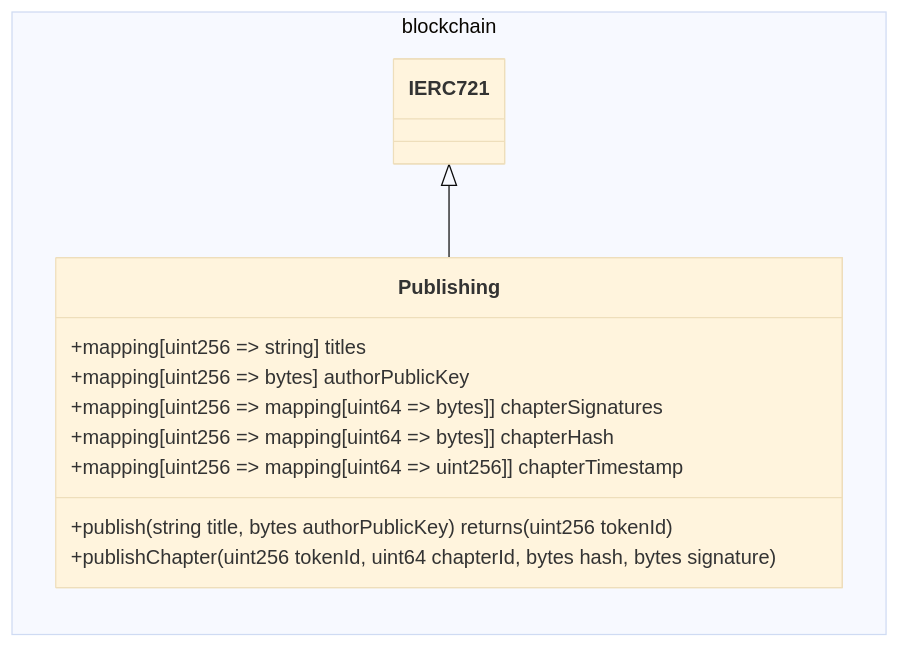
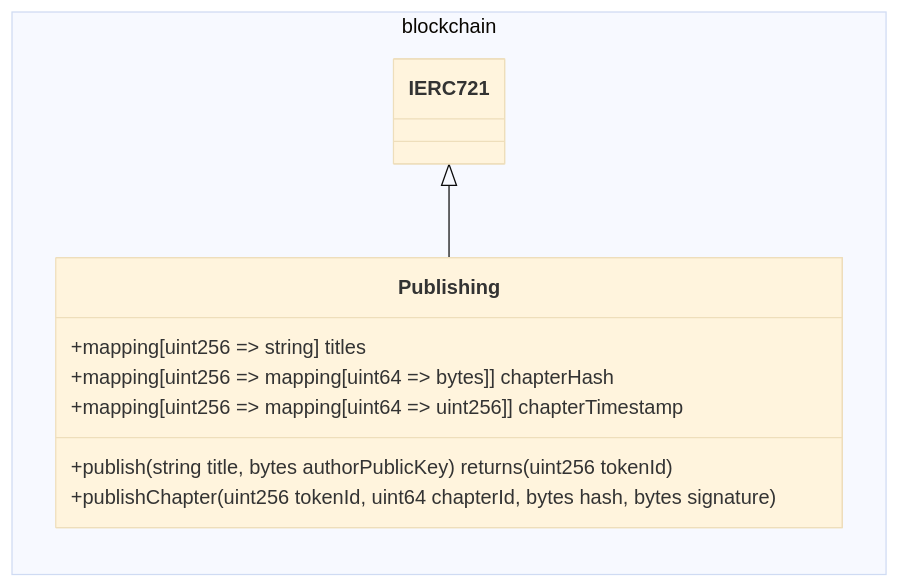
Before and after one commit to Kapiszon2343/blockchain-project: the second of 7 diagrams in ARCHITECTURE.md, drawn with Mermaid (base theme). The commit also changed other lines of this file, not shown here.

Commit message:
no signatures in achitecture

````diff
--- a/ARCHITECTURE.md
+++ b/ARCHITECTURE.md
@@ -65,22 +65,20 @@
 ```mermaid
 classDiagram
 direction RL
     namespace blockchain {
         class IERC721 {
         }
 
         class Publishing {
             +mapping[uint256 => string] titles
-            +mapping[uint256 => bytes] authorPublicKey
-            +mapping[uint256 => mapping[uint64 => bytes]] chapterSignatures
             +mapping[uint256 => mapping[uint64 => bytes]] chapterHash
             +mapping[uint256 => mapping[uint64 => uint256]] chapterTimestamp 
 
             +publish(string title, bytes authorPublicKey) returns (uint256 tokenId)
             +publishChapter(uint256 tokenId, uint64 chapterId, bytes hash, bytes signature)
         }
 
 	}
     IERC721 <|-- Publishing
     
 ```
````
